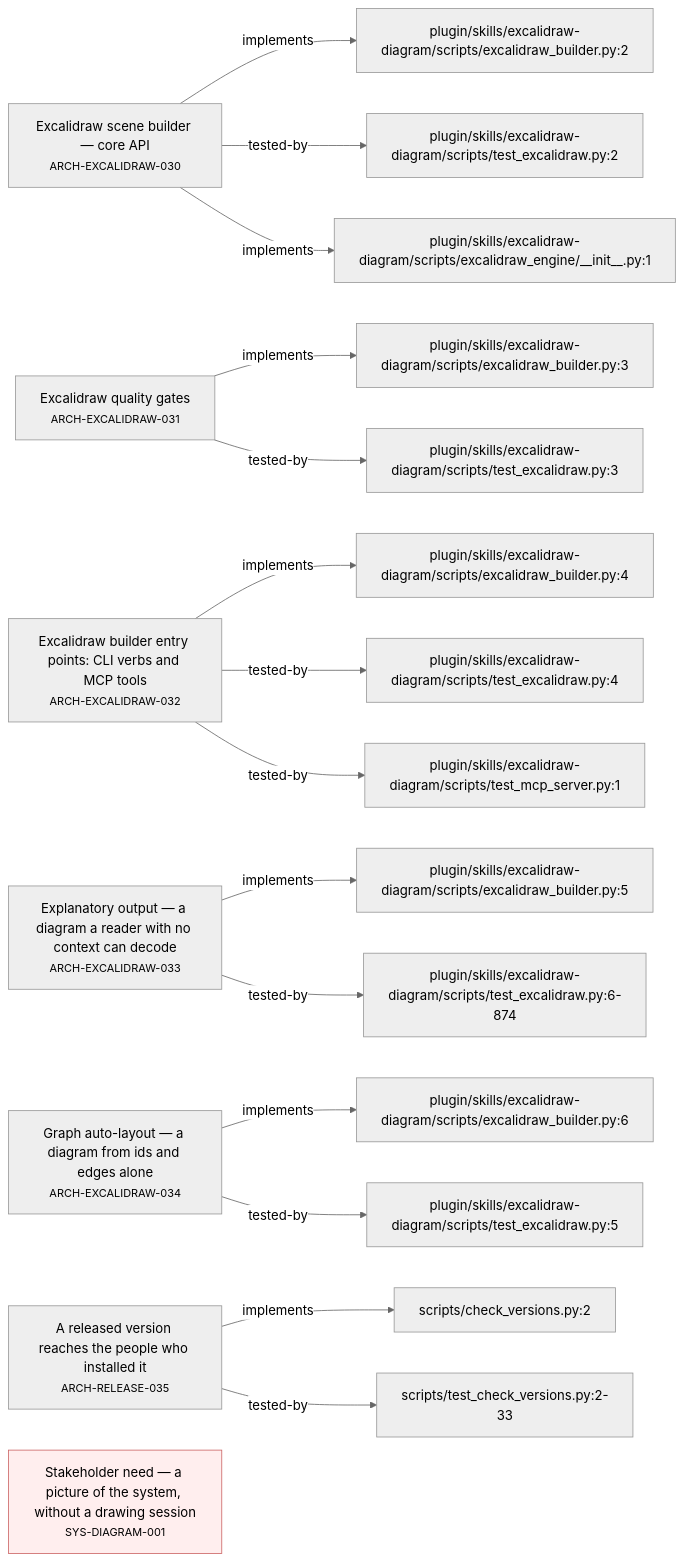
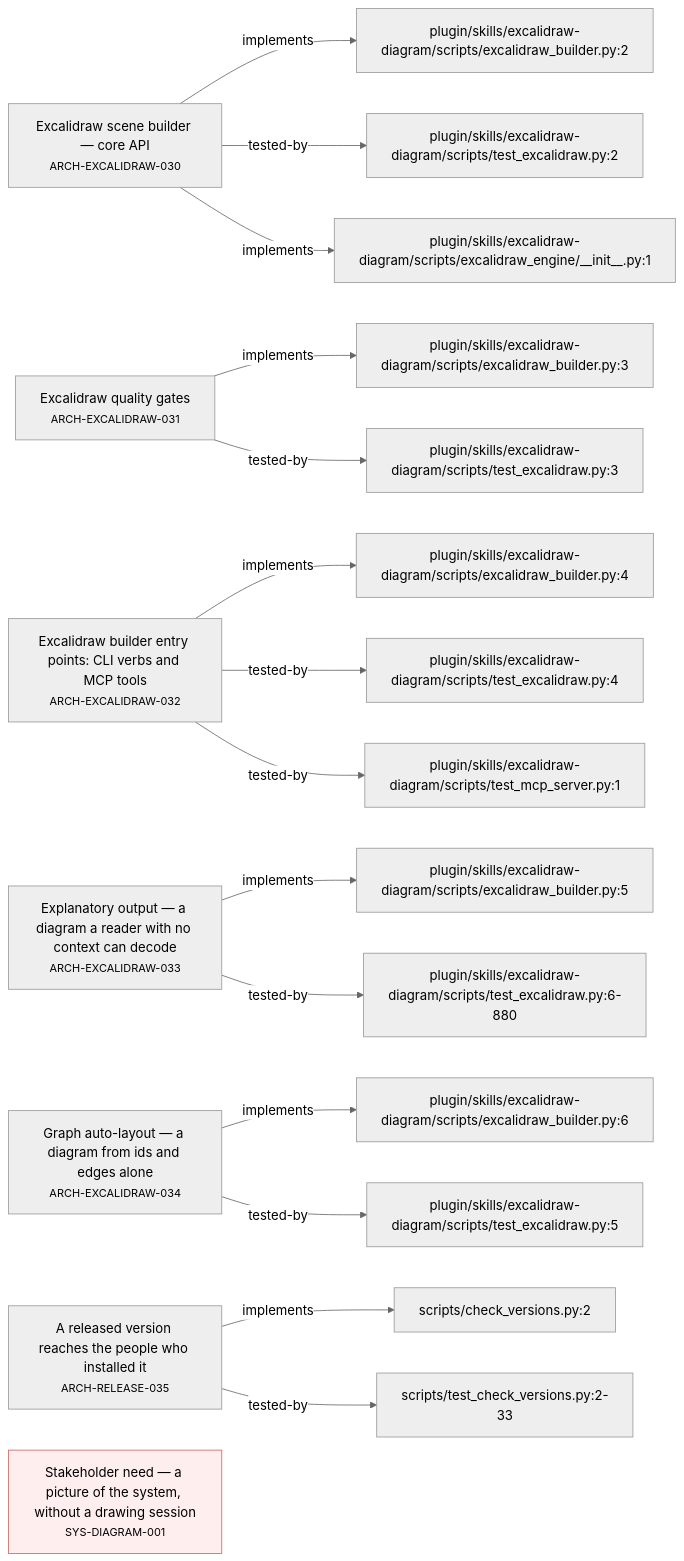
Before and after one commit to alxmax/excalidraw-diagram: the second of 4 diagrams in requirements/_map.md, drawn with Mermaid (neutral theme). The commit also changed 5 other files, not shown here.

````diff
--- a/requirements/_map.md
+++ b/requirements/_map.md
@@ -53,39 +53,39 @@
 ```mermaid
 graph LR
   ARCH_EXCALIDRAW_030["Excalidraw scene builder — core API<br><small>ARCH-EXCALIDRAW-030</small>"]
   f_plugin_skills_excalidraw_diagram_scripts_excalidraw_builder_py_2["plugin/skills/excalidraw-diagram/scripts/excalidraw_builder.py:2"]
   ARCH_EXCALIDRAW_030 -->|implements| f_plugin_skills_excalidraw_diagram_scripts_excalidraw_builder_py_2
   f_plugin_skills_excalidraw_diagram_scripts_test_excalidraw_py_2["plugin/skills/excalidraw-diagram/scripts/test_excalidraw.py:2"]
   ARCH_EXCALIDRAW_030 -->|tested-by| f_plugin_skills_excalidraw_diagram_scripts_test_excalidraw_py_2
   f_plugin_skills_excalidraw_diagram_scripts_excalidraw_engine___init___py_1["plugin/skills/excalidraw-diagram/scripts/excalidraw_engine/__init__.py:1"]
   ARCH_EXCALIDRAW_030 -->|implements| f_plugin_skills_excalidraw_diagram_scripts_excalidraw_engine___init___py_1
   ARCH_EXCALIDRAW_031["Excalidraw quality gates<br><small>ARCH-EXCALIDRAW-031</small>"]
   f_plugin_skills_excalidraw_diagram_scripts_excalidraw_builder_py_3["plugin/skills/excalidraw-diagram/scripts/excalidraw_builder.py:3"]
   ARCH_EXCALIDRAW_031 -->|implements| f_plugin_skills_excalidraw_diagram_scripts_excalidraw_builder_py_3
   f_plugin_skills_excalidraw_diagram_scripts_test_excalidraw_py_3["plugin/skills/excalidraw-diagram/scripts/test_excalidraw.py:3"]
   ARCH_EXCALIDRAW_031 -->|tested-by| f_plugin_skills_excalidraw_diagram_scripts_test_excalidraw_py_3
   ARCH_EXCALIDRAW_032["Excalidraw builder entry points: CLI verbs and MCP tools<br><small>ARCH-EXCALIDRAW-032</small>"]
   f_plugin_skills_excalidraw_diagram_scripts_excalidraw_builder_py_4["plugin/skills/excalidraw-diagram/scripts/excalidraw_builder.py:4"]
   ARCH_EXCALIDRAW_032 -->|implements| f_plugin_skills_excalidraw_diagram_scripts_excalidraw_builder_py_4
   f_plugin_skills_excalidraw_diagram_scripts_test_excalidraw_py_4["plugin/skills/excalidraw-diagram/scripts/test_excalidraw.py:4"]
   ARCH_EXCALIDRAW_032 -->|tested-by| f_plugin_skills_excalidraw_diagram_scripts_test_excalidraw_py_4
   f_plugin_skills_excalidraw_diagram_scripts_test_mcp_server_py_1["plugin/skills/excalidraw-diagram/scripts/test_mcp_server.py:1"]
   ARCH_EXCALIDRAW_032 -->|tested-by| f_plugin_skills_excalidraw_diagram_scripts_test_mcp_server_py_1
   ARCH_EXCALIDRAW_033["Explanatory output — a diagram a reader with no context can decode<br><small>ARCH-EXCALIDRAW-033</small>"]
   f_plugin_skills_excalidraw_diagram_scripts_excalidraw_builder_py_5["plugin/skills/excalidraw-diagram/scripts/excalidraw_builder.py:5"]
   ARCH_EXCALIDRAW_033 -->|implements| f_plugin_skills_excalidraw_diagram_scripts_excalidraw_builder_py_5
-  f_plugin_skills_excalidraw_diagram_scripts_test_excalidraw_py_6_874["plugin/skills/excalidraw-diagram/scripts/test_excalidraw.py:6-874"]
-  ARCH_EXCALIDRAW_033 -->|tested-by| f_plugin_skills_excalidraw_diagram_scripts_test_excalidraw_py_6_874
+  f_plugin_skills_excalidraw_diagram_scripts_test_excalidraw_py_6_880["plugin/skills/excalidraw-diagram/scripts/test_excalidraw.py:6-880"]
+  ARCH_EXCALIDRAW_033 -->|tested-by| f_plugin_skills_excalidraw_diagram_scripts_test_excalidraw_py_6_880
   ARCH_EXCALIDRAW_034["Graph auto-layout — a diagram from ids and edges alone<br><small>ARCH-EXCALIDRAW-034</small>"]
   f_plugin_skills_excalidraw_diagram_scripts_excalidraw_builder_py_6["plugin/skills/excalidraw-diagram/scripts/excalidraw_builder.py:6"]
   ARCH_EXCALIDRAW_034 -->|implements| f_plugin_skills_excalidraw_diagram_scripts_excalidraw_builder_py_6
   f_plugin_skills_excalidraw_diagram_scripts_test_excalidraw_py_5["plugin/skills/excalidraw-diagram/scripts/test_excalidraw.py:5"]
   ARCH_EXCALIDRAW_034 -->|tested-by| f_plugin_skills_excalidraw_diagram_scripts_test_excalidraw_py_5
   ARCH_RELEASE_035["A released version reaches the people who installed it<br><small>ARCH-RELEASE-035</small>"]
   f_scripts_check_versions_py_2["scripts/check_versions.py:2"]
   ARCH_RELEASE_035 -->|implements| f_scripts_check_versions_py_2
   f_scripts_test_check_versions_py_2_33["scripts/test_check_versions.py:2-33"]
   ARCH_RELEASE_035 -->|tested-by| f_scripts_test_check_versions_py_2_33
   SYS_DIAGRAM_001["Stakeholder need — a picture of the system, without a drawing session<br><small>SYS-DIAGRAM-001</small>"]
   style SYS_DIAGRAM_001 fill:#fee,stroke:#c66
 ```
````
